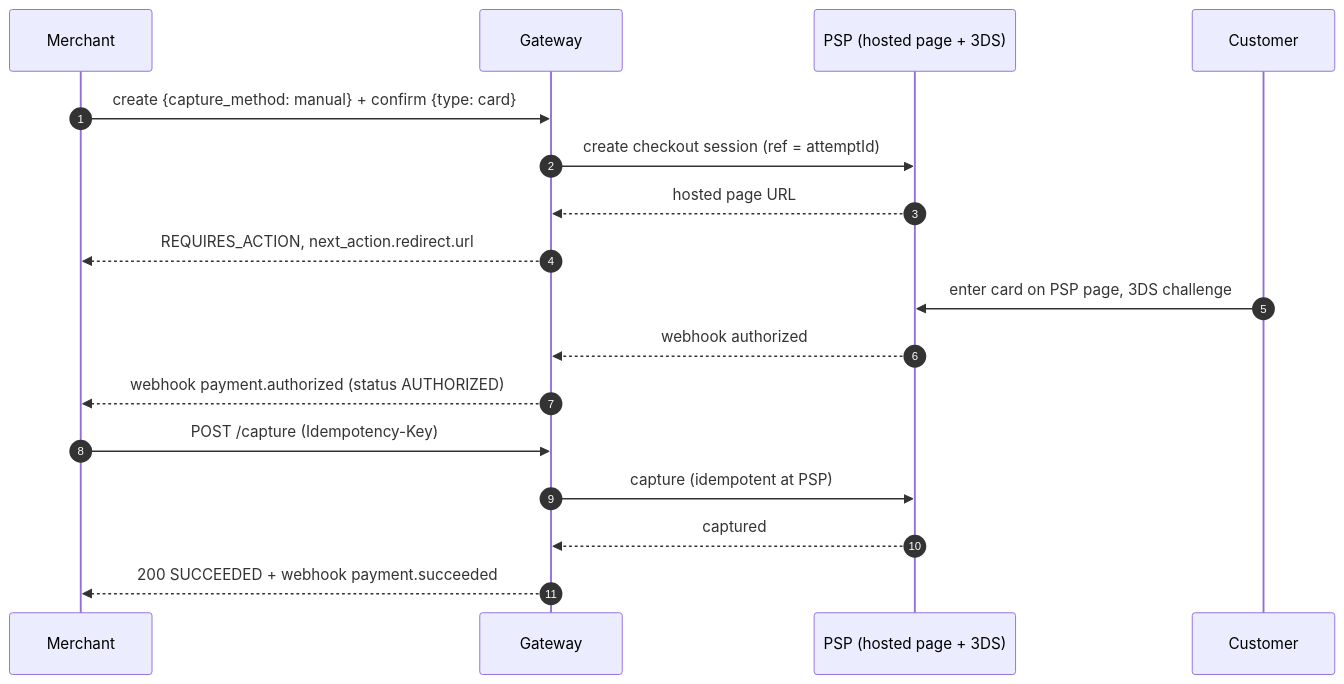
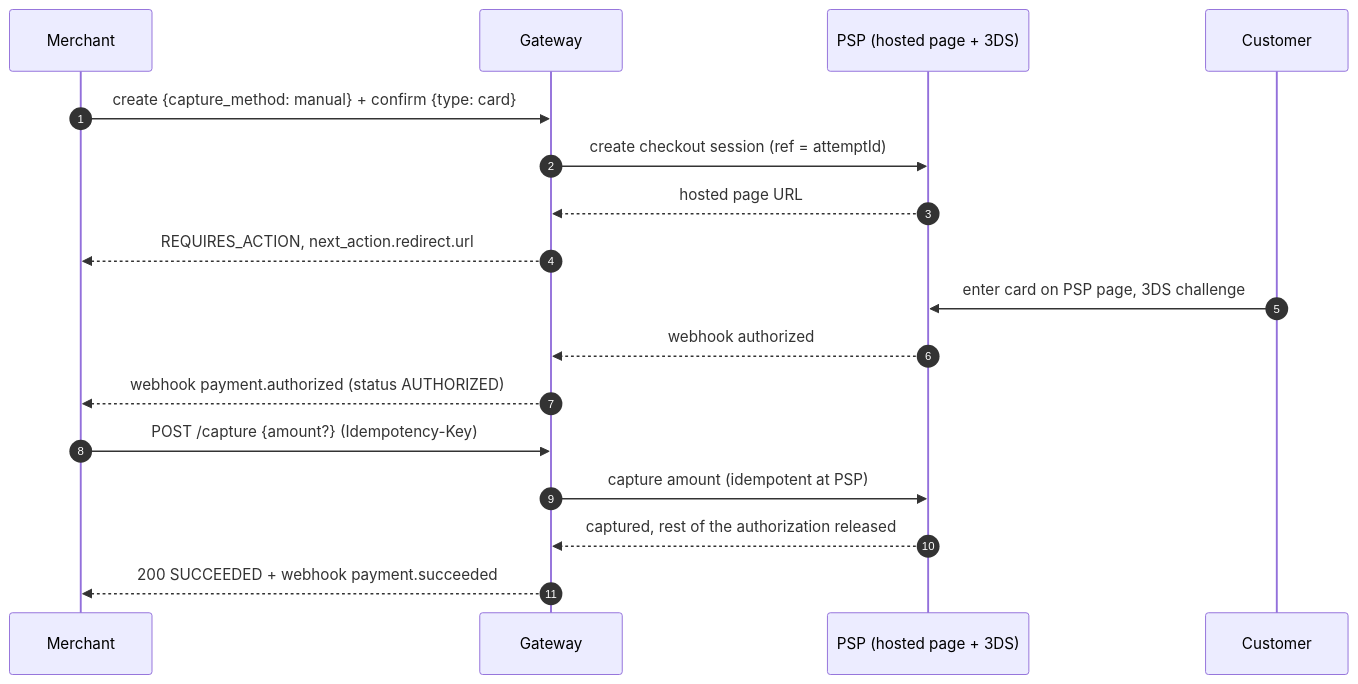
Before and after one commit to Deepika-1201/Payment-Orchestrator: the fifth of 12 diagrams in docs/architecture.md, drawn with Mermaid. The commit also changed other lines of this file and 27 other files, not shown here.

First line of the commit message:
Phase 19: partial capture up to the authorized amount on PSPs that support it (ADR-036)

````diff
--- a/docs/architecture.md
+++ b/docs/architecture.md
@@ -202,19 +202,19 @@
 ```mermaid
 sequenceDiagram
     autonumber
     participant M as Merchant
     participant PG as Gateway
     participant PSP as PSP (hosted page + 3DS)
     participant C as Customer
     M->>PG: create {capture_method: manual} + confirm {type: card}
     PG->>PSP: create checkout session (ref = attemptId)
     PSP-->>PG: hosted page URL
     PG-->>M: REQUIRES_ACTION, next_action.redirect.url
     C->>PSP: enter card on PSP page, 3DS challenge
     PSP-->>PG: webhook authorized
     PG-->>M: webhook payment.authorized (status AUTHORIZED)
-    M->>PG: POST /capture (Idempotency-Key)
-    PG->>PSP: capture (idempotent at PSP)
-    PSP-->>PG: captured
+    M->>PG: POST /capture {amount?} (Idempotency-Key)
+    PG->>PSP: capture amount (idempotent at PSP)
+    PSP-->>PG: captured, rest of the authorization released
     PG-->>M: 200 SUCCEEDED + webhook payment.succeeded
 ```
````
